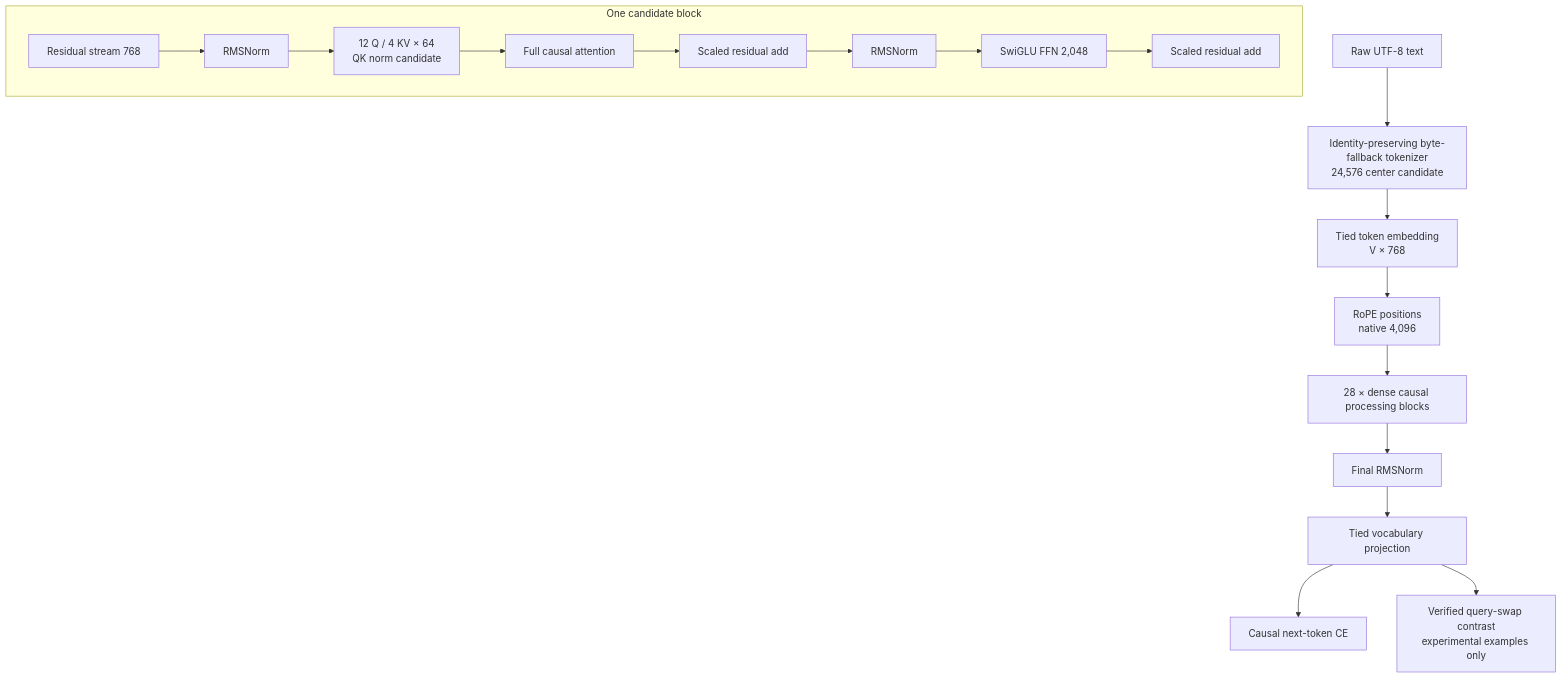
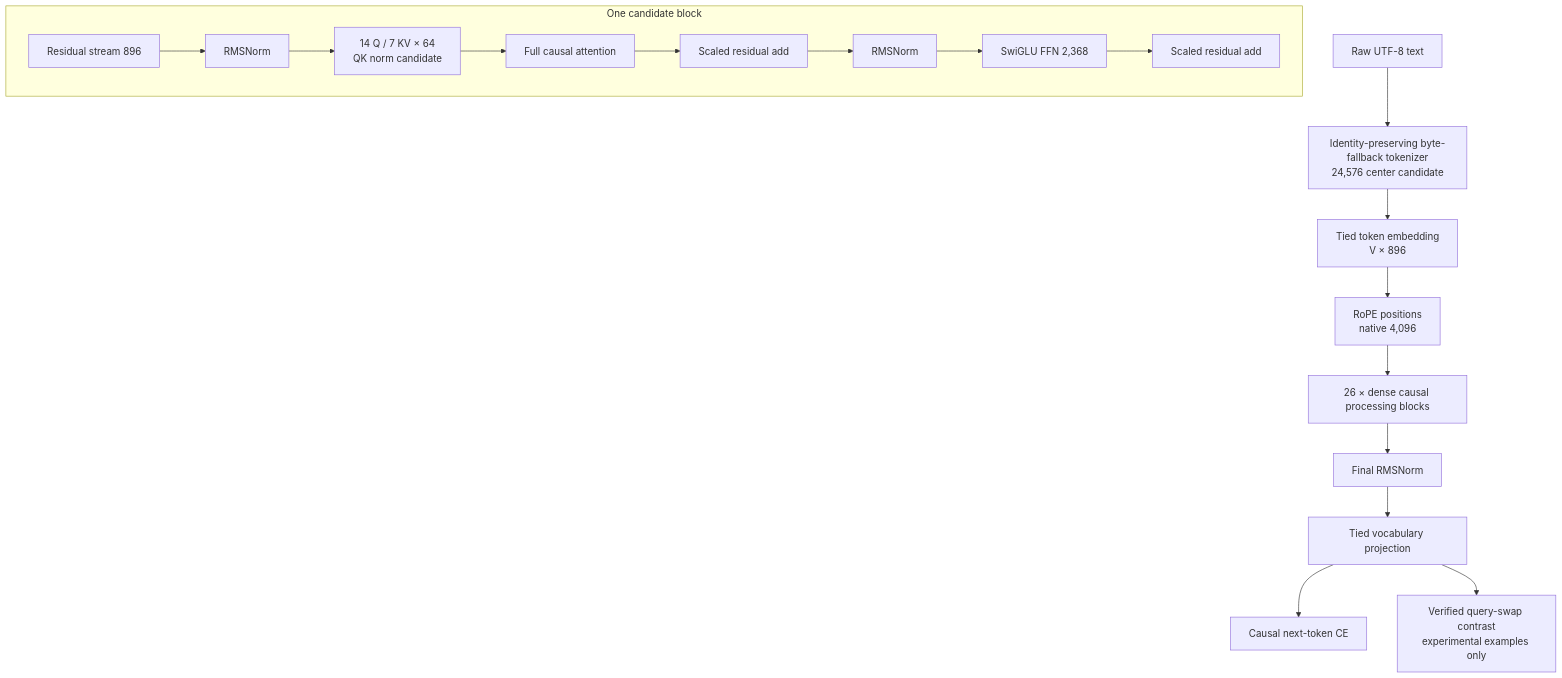
One commit to dhurv0045com-spec/An-Ra-the-new-AGI changed the diagram in blueprints/MODEL_ARCHITECTURE.md. Above: the diagram before and after it, drawn with Mermaid. The commit also changed other lines of this file and 40 other files, not shown here.

````diff
--- a/blueprints/MODEL_ARCHITECTURE.md
+++ b/blueprints/MODEL_ARCHITECTURE.md
@@ -7,21 +7,21 @@
 ```mermaid
 flowchart TB
     raw[Raw UTF-8 text] --> tok[Identity-preserving byte-fallback tokenizer<br/>24,576 center candidate]
-    tok --> emb[Tied token embedding<br/>V × 768]
+    tok --> emb[Tied token embedding<br/>V × 896]
     emb --> rope[RoPE positions<br/>native 4,096]
-    rope --> stack[28 × dense causal processing blocks]
+    rope --> stack[26 × dense causal processing blocks]
     stack --> norm[Final RMSNorm]
     norm --> head[Tied vocabulary projection]
     head --> ce[Causal next-token CE]
     head --> qs[Verified query-swap contrast<br/>experimental examples only]
 
     subgraph block[One candidate block]
-      x[Residual stream 768] --> n1[RMSNorm]
-      n1 --> qkv[12 Q / 4 KV × 64<br/>QK norm candidate]
+      x[Residual stream 896] --> n1[RMSNorm]
+      n1 --> qkv[14 Q / 7 KV × 64<br/>QK norm candidate]
       qkv --> attn[Full causal attention]
       attn --> add1[Scaled residual add]
       add1 --> n2[RMSNorm]
-      n2 --> ffn[SwiGLU FFN 2,048]
+      n2 --> ffn[SwiGLU FFN 2,368]
       ffn --> add2[Scaled residual add]
     end
 ```
````
